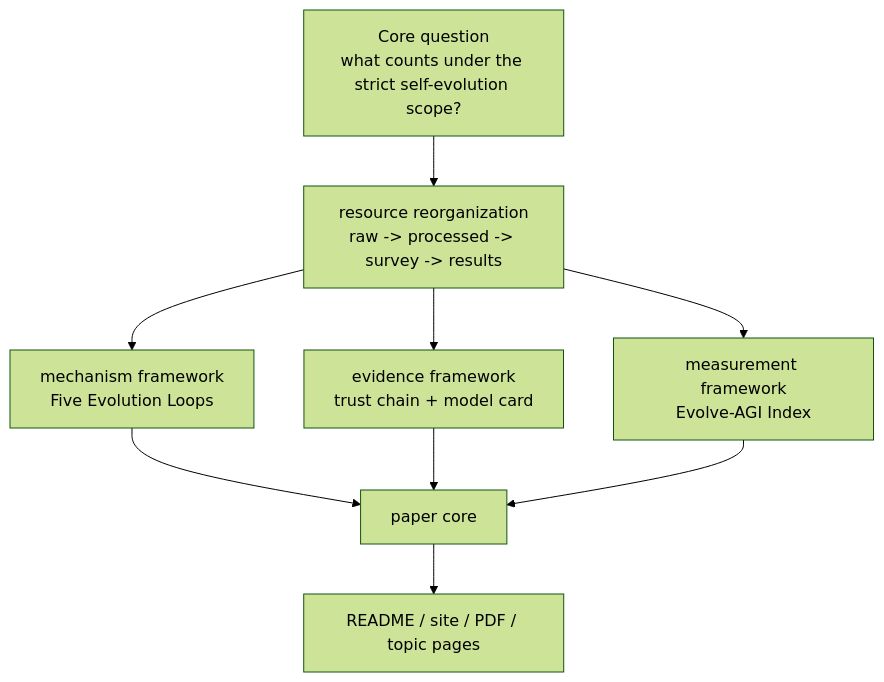
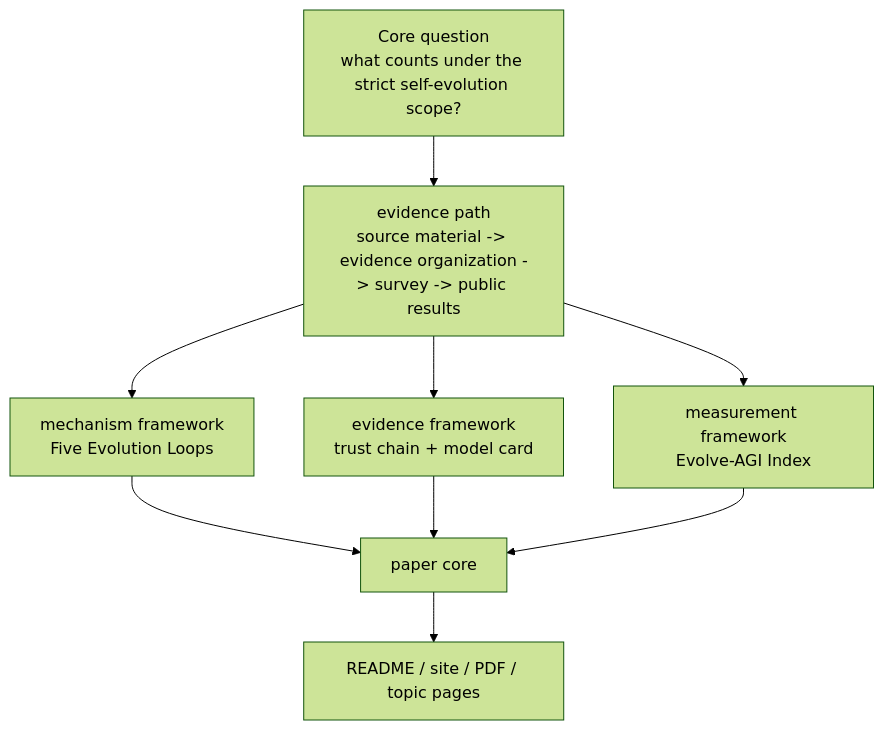
Before and after one commit to Shiyao-Huang/awesome-agent-evolution: the second of 2 diagrams in README-EN.md, drawn with Mermaid (forest theme). The commit also changed other lines of this file and 9 other files, not shown here.

````diff
--- a/README-EN.md
+++ b/README-EN.md
@@ -132,11 +130,11 @@
 ```mermaid
 flowchart TB
-  Q["Core question<br/>what counts under the strict self-evolution scope?"] --> A["resource reorganization<br/>raw -> processed -> survey -> results"]
+  Q["Core question<br/>what counts under the strict self-evolution scope?"] --> A["evidence path<br/>source material -> evidence organization -> survey -> public results"]
   A --> B["mechanism framework<br/>Five Evolution Loops"]
   A --> C["evidence framework<br/>trust chain + model card"]
   A --> D["measurement framework<br/>Evolve-AGI Index"]
   B --> P["paper core"]
   C --> P
   D --> P
   P --> R["README / site / PDF / topic pages"]
 ```
````
